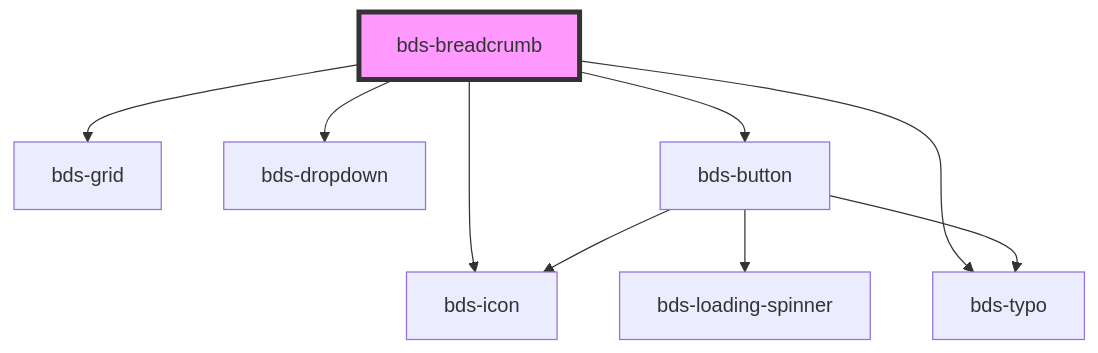
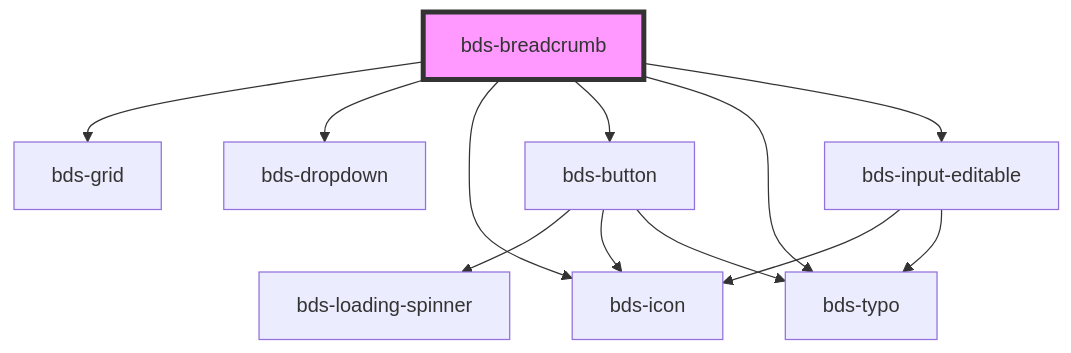
The diagram in src/components/breadcrumb/readme.md (takenet/blip-ds), drawn with Mermaid before and after one commit. The commit also changed other lines of this file and 6 other files, not shown here.

Commit message:
feat: Implementar edição do label da página atual no bds-breadcrumb usando bds-input-editable

````diff
--- a/src/components/breadcrumb/readme.md
+++ b/src/components/breadcrumb/readme.md
@@ -26,12 +35,15 @@
 ```mermaid
 graph TD;
   bds-breadcrumb --> bds-grid
   bds-breadcrumb --> bds-dropdown
   bds-breadcrumb --> bds-icon
   bds-breadcrumb --> bds-button
   bds-breadcrumb --> bds-typo
+  bds-breadcrumb --> bds-input-editable
   bds-button --> bds-loading-spinner
   bds-button --> bds-icon
   bds-button --> bds-typo
+  bds-input-editable --> bds-icon
+  bds-input-editable --> bds-typo
   style bds-breadcrumb fill:#f9f,stroke:#333,stroke-width:4px
 ```
````
